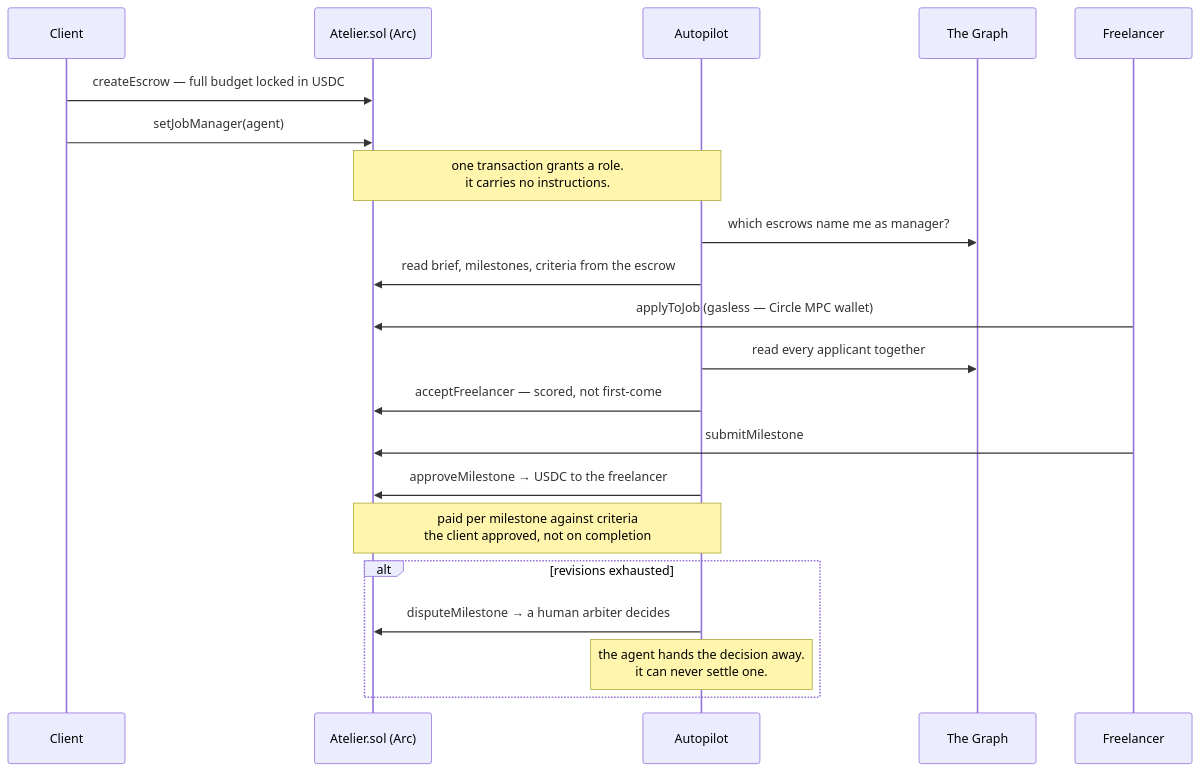
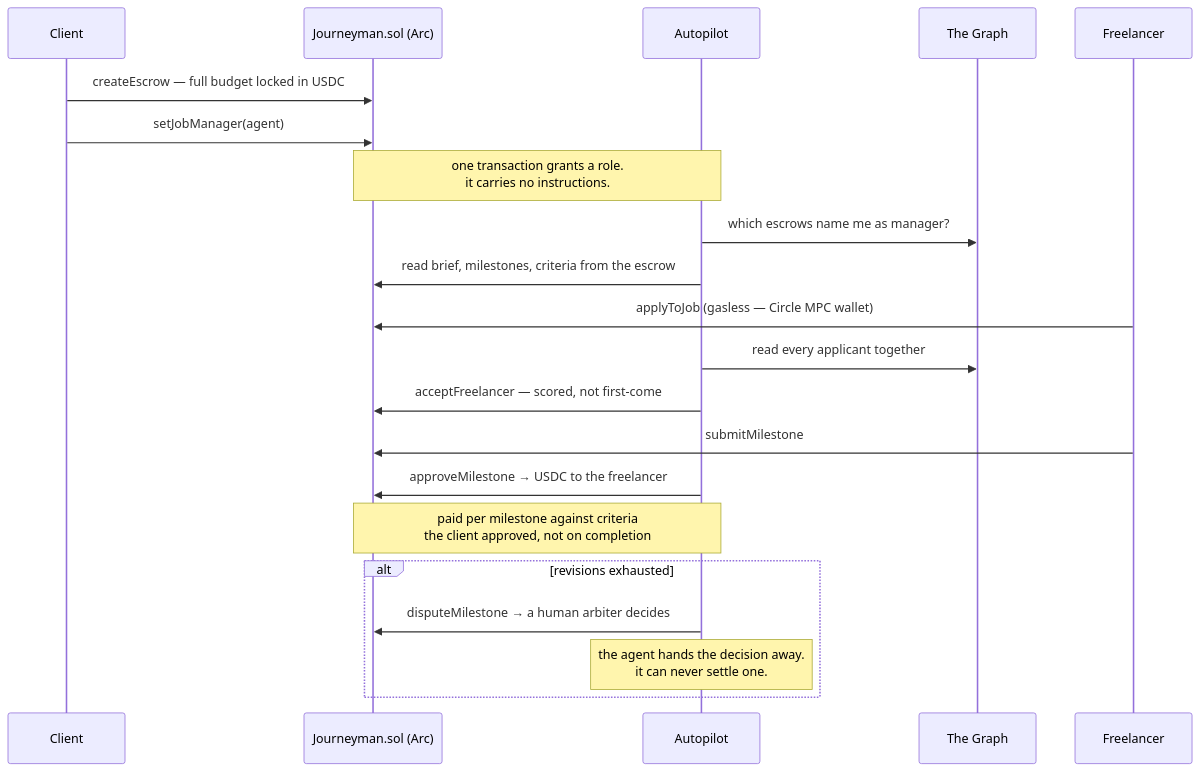
The second of 2 diagrams in README.md (Gbangbolaoluwagbemiga/journeyman), drawn with Mermaid before and after one commit. The commit also changed other lines of this file and 294 other files, not shown here.

First line of the commit message:
Rename Atelier to Journeyman

````diff
--- a/README.md
+++ b/README.md
@@ -296,24 +296,24 @@
 ```mermaid
 sequenceDiagram
     participant C as Client
-    participant E as Atelier.sol (Arc)
+    participant E as Journeyman.sol (Arc)
     participant A as Autopilot
     participant G as The Graph
     participant F as Freelancer
 
     C->>E: createEscrow — full budget locked in USDC
     C->>E: setJobManager(agent)
     Note over E,A: one transaction grants a role.<br/>it carries no instructions.
     A->>G: which escrows name me as manager?
     A->>E: read brief, milestones, criteria from the escrow
     F->>E: applyToJob (gasless — Circle MPC wallet)
     A->>G: read every applicant together
     A->>E: acceptFreelancer — scored, not first-come
     F->>E: submitMilestone
     A->>E: approveMilestone → USDC to the freelancer
     Note over A,E: paid per milestone against criteria<br/>the client approved, not on completion
     alt revisions exhausted
         A->>E: disputeMilestone → a human arbiter decides
         Note over A: the agent hands the decision away.<br/>it can never settle one.
     end
 ```
````
